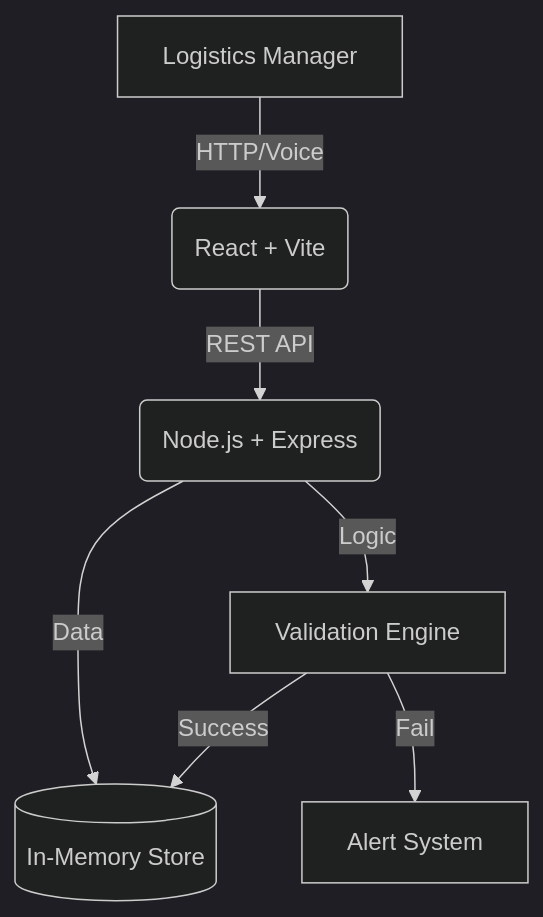
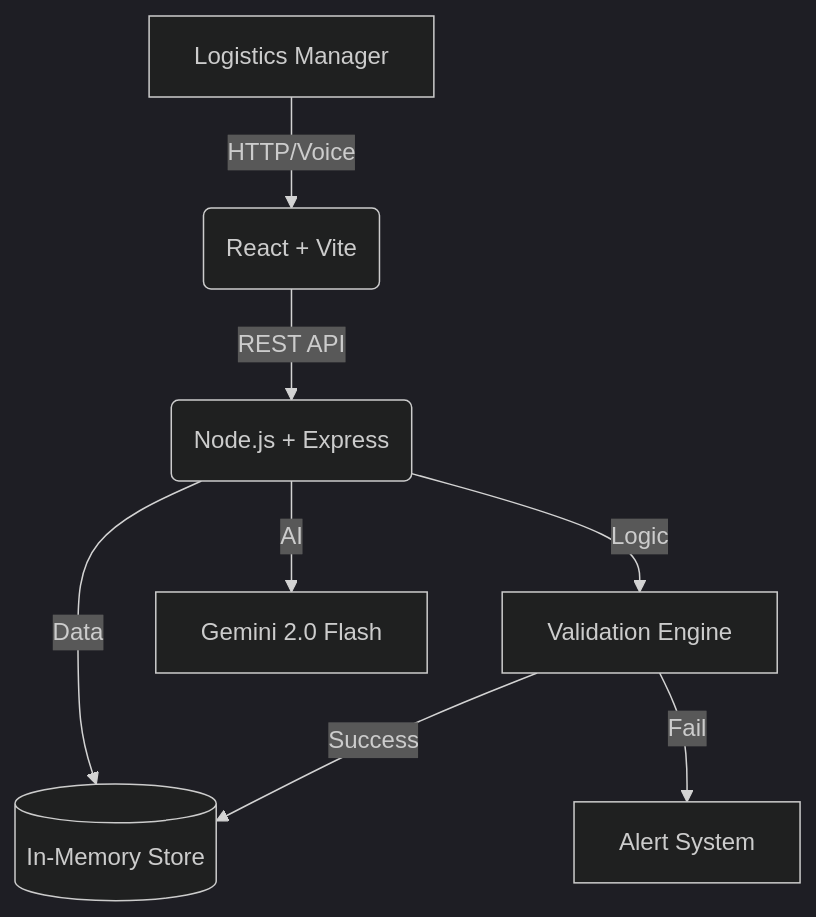
One commit to SH-Nihil-Mukkesh-25/harrington changed the diagram in README.md. Above: the diagram before and after it, drawn with Mermaid (dark theme). The commit also changed other lines of this file and 10 other files, not shown here.

````diff
--- a/README.md
+++ b/README.md
@@ -38,9 +71,10 @@
 ```mermaid
 graph TD
     User[Logistics Manager] -->|HTTP/Voice| Frontend(React + Vite)
     Frontend -->|REST API| Backend(Node.js + Express)
     Backend -->|Logic| Validator[Validation Engine]
+    Backend -->|AI| Gemini[Gemini 2.0 Flash]
     Backend -->|Data| Store[(In-Memory Store)]
     Validator -->|Success| Store
     Validator -->|Fail| Alerts[Alert System]
 ```
````
